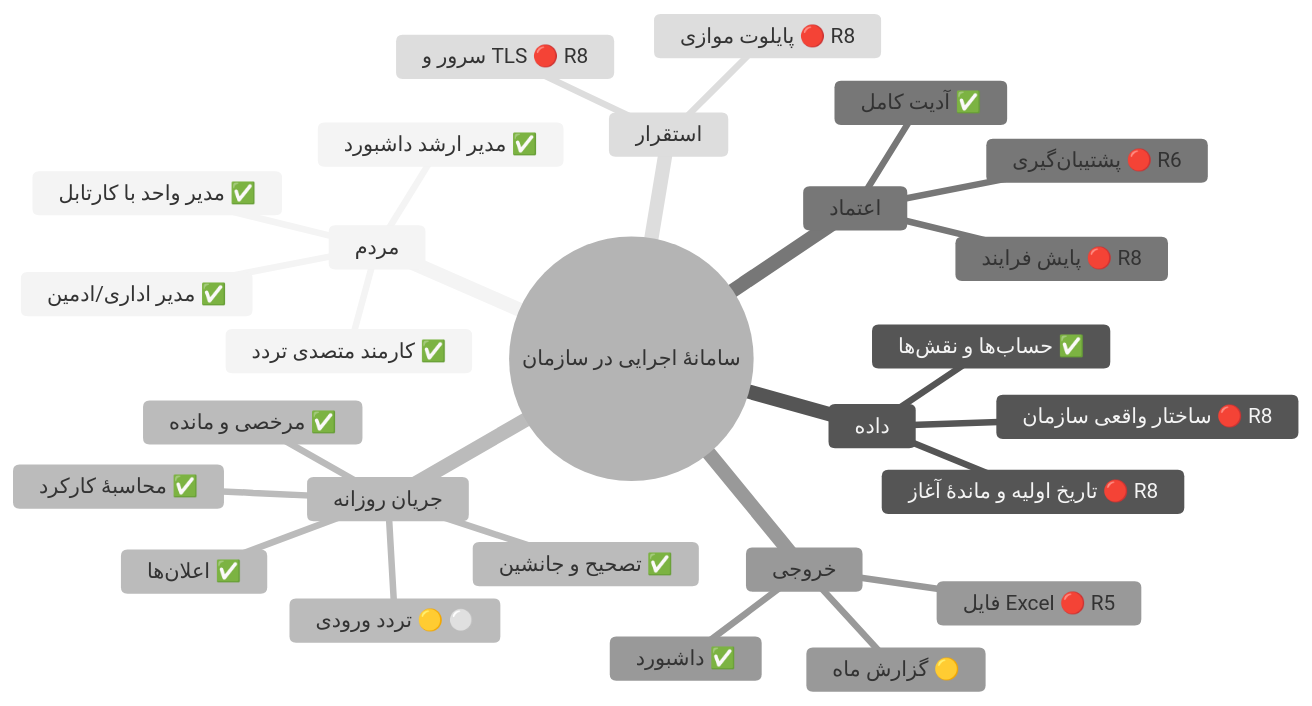
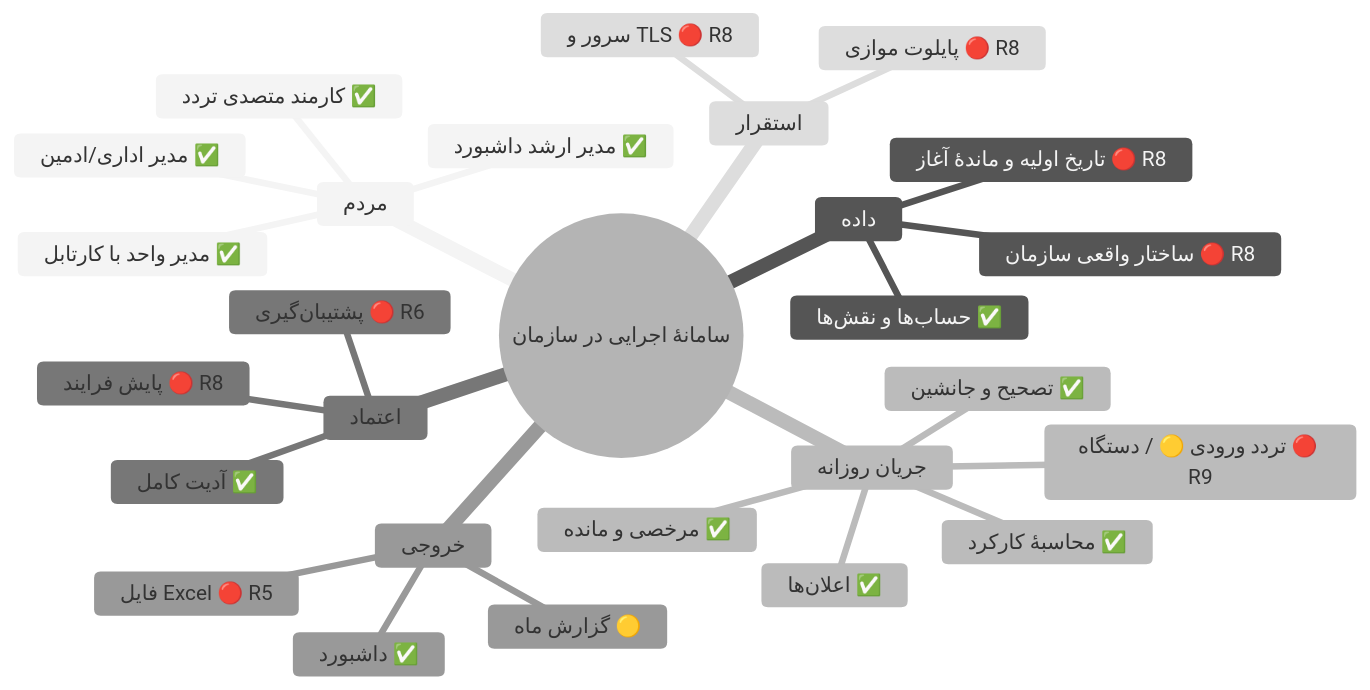
One commit to alirezarahimy-code/IO changed the first of 4 diagrams in ReCode/docs/full-audit/80-go-live-destination.md. Above: the diagram before and after it, drawn with Mermaid (neutral theme). The commit also changed other lines of this file and 6 other files, not shown here.

Commit message:
Update go-live chart with approved devices, rewards and optional location scope

````diff
--- a/ReCode/docs/full-audit/80-go-live-destination.md
+++ b/ReCode/docs/full-audit/80-go-live-destination.md
@@ -18,30 +23,30 @@
 ```mermaid
 mindmap
   root(("سامانهٔ اجرایی در سازمان"))
     مردم
       کارمند متصدی تردد ✅
       مدیر واحد با کارتابل ✅
       مدیر اداری/ادمین ✅
       مدیر ارشد داشبورد ✅
     داده
       ساختار واقعی سازمان 🔴 R8
       تاریخ اولیه و ماندهٔ آغاز 🔴 R8
       حساب‌ها و نقش‌ها ✅
     جریان روزانه
-      تردد ورودی 🟡 ⚪
+      تردد ورودی 🟡 / دستگاه 🔴 R9
       تصحیح و جانشین ✅
       محاسبهٔ کارکرد ✅
       مرخصی و مانده ✅
       اعلان‌ها ✅
     اعتماد
       آدیت کامل ✅
       پشتیبان‌گیری 🔴 R6
       پایش فرایند 🔴 R8
     خروجی
       گزارش ماه 🟡
       فایل Excel 🔴 R5
       داشبورد ✅
     استقرار
       سرور و TLS 🔴 R8
       پایلوت موازی 🔴 R8
 ```
````
